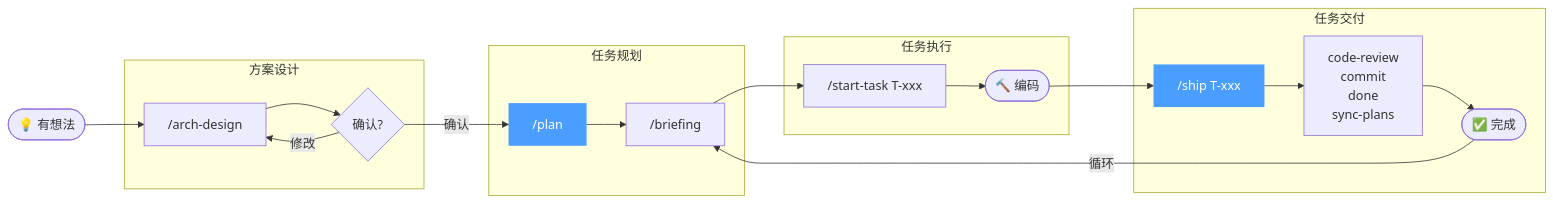
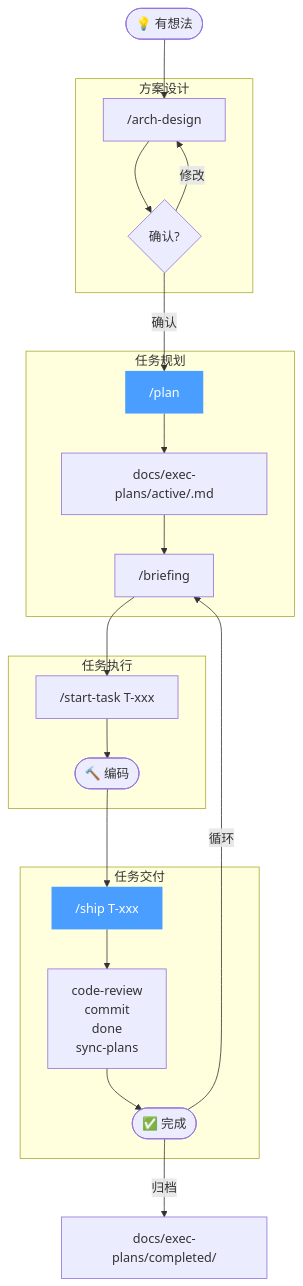
The fourth of 6 diagrams in docs/architecture.md (Kucell/cortex-agent), drawn with Mermaid before and after one commit. The commit also changed other lines of this file and 24 other files, not shown here.

````diff
--- a/docs/architecture.md
+++ b/docs/architecture.md
@@ -137,30 +156,32 @@
 ```mermaid
-flowchart LR
+flowchart TD
     A([💡 有想法]) --> B
 
     subgraph 方案设计
         B["/arch-design"] --> C{确认?}
         C -->|修改| B
     end
 
     subgraph 任务规划
         C -->|确认| D["/plan"]
-        D --> E["/briefing"]
+        D --> E["docs/exec-plans/active/<plan>.md"]
+        E --> F["/briefing"]
     end
 
     subgraph 任务执行
-        E --> F["/start-task T-xxx"]
-        F --> G([🔨 编码])
+        F --> G["/start-task T-xxx"]
+        G --> H([🔨 编码])
     end
 
     subgraph 任务交付
-        G --> H["/ship T-xxx"]
-        H --> I["code-review<br>commit<br>done<br>sync-plans"]
-        I --> J([✅ 完成])
+        H --> I["/ship T-xxx"]
+        I --> J["code-review<br/>commit<br/>done<br/>sync-plans"]
+        J --> K([✅ 完成])
     end
 
-    J -->|循环| E
+    K -->|归档| L["docs/exec-plans/completed/"]
+    K -->|循环| F
 
     style D fill:#4a9eff,color:#fff,stroke:none
-    style H fill:#4a9eff,color:#fff,stroke:none
+    style I fill:#4a9eff,color:#fff,stroke:none
 ```
````
